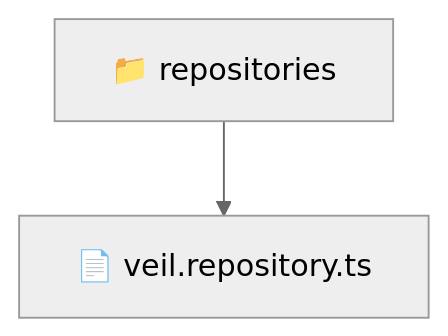
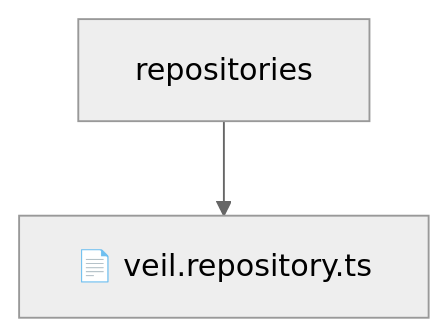
Before and after one commit to beginwebdev2002/fullstack-mavluda: the diagram in backend/src/modules/veil/infrastructure/repositories/README.md, drawn with Mermaid (neutral theme). The commit also changed other lines of this file and 155 other files, not shown here.

````diff
--- a/backend/src/modules/veil/infrastructure/repositories/README.md
+++ b/backend/src/modules/veil/infrastructure/repositories/README.md
@@ -10,5 +14,5 @@
 ```mermaid
 graph TD
-  Root["📁 repositories"]
-  Root --> veilrepositoryts["📄 veil.repository.ts"]
+    Root[repositories]
+    Root --> F0[📄 veil.repository.ts]
 ```
````
